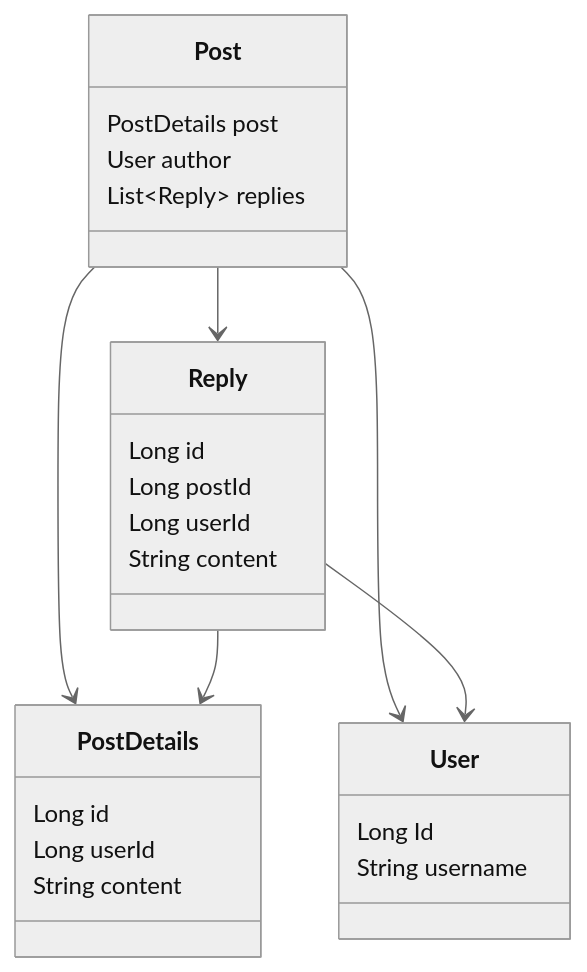
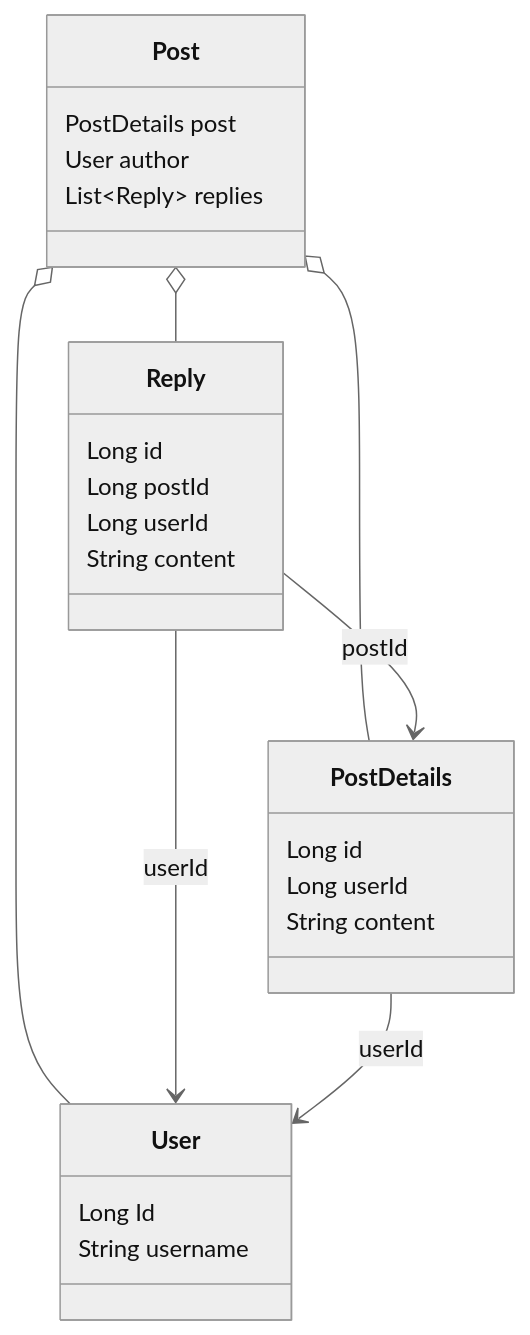
One commit to pellse/assembler changed the second of 3 diagrams in README.md. Above: the diagram before and after it, drawn with Mermaid (neutral theme). The commit also changed other lines of this file, not shown here.

````diff
--- a/README.md
+++ b/README.md
@@ -148,33 +148,34 @@
 ```mermaid
 classDiagram
     class PostDetails {
         Long id
         Long userId
         String content
     }
 
     class User {
         Long Id
         String username
     }
 
     class Reply {
         Long id
         Long postId
         Long userId
         String content
     }
 
     class Post {
         PostDetails post
         User author
         List~Reply~ replies
     }
 
-    Post --> PostDetails
-    Post --> User
-    Post --> Reply
-    Reply --> PostDetails
-    Reply --> User
+    Post o-- PostDetails
+    Post o-- User
+    Post o-- Reply
+    Reply --> PostDetails : postId
+    Reply --> User : userId
+    PostDetails --> User : userId
 
 ```
````
